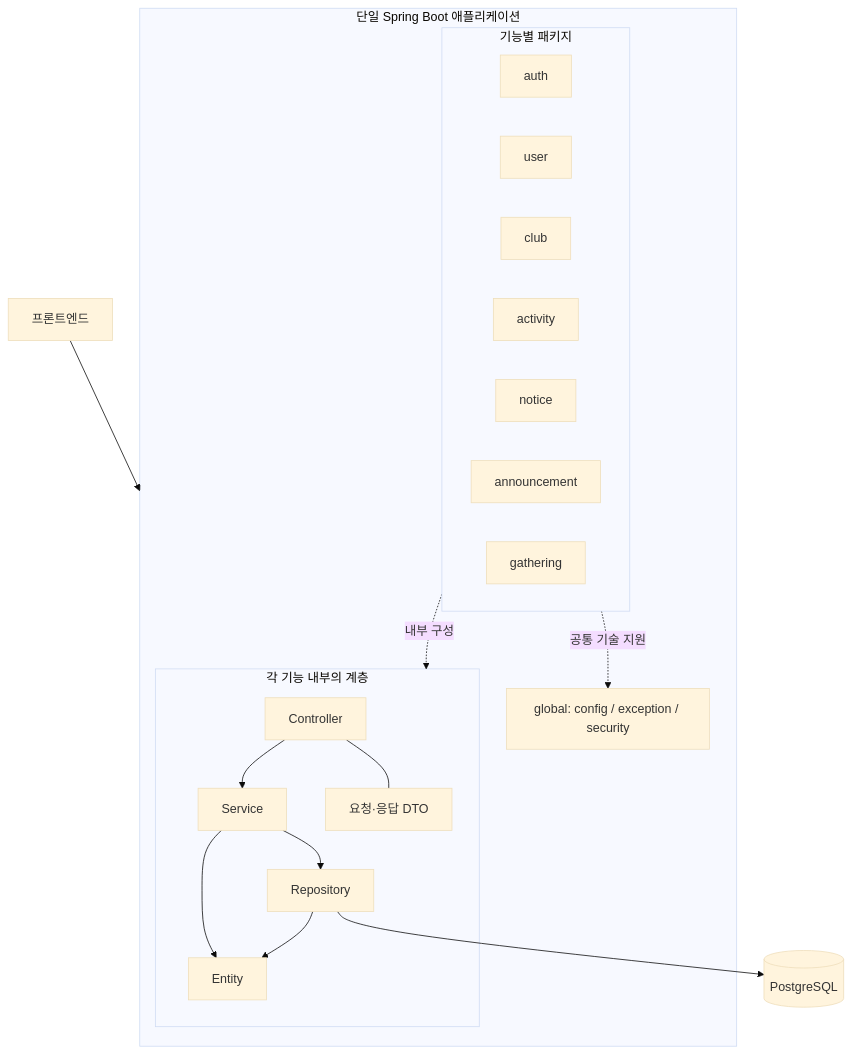
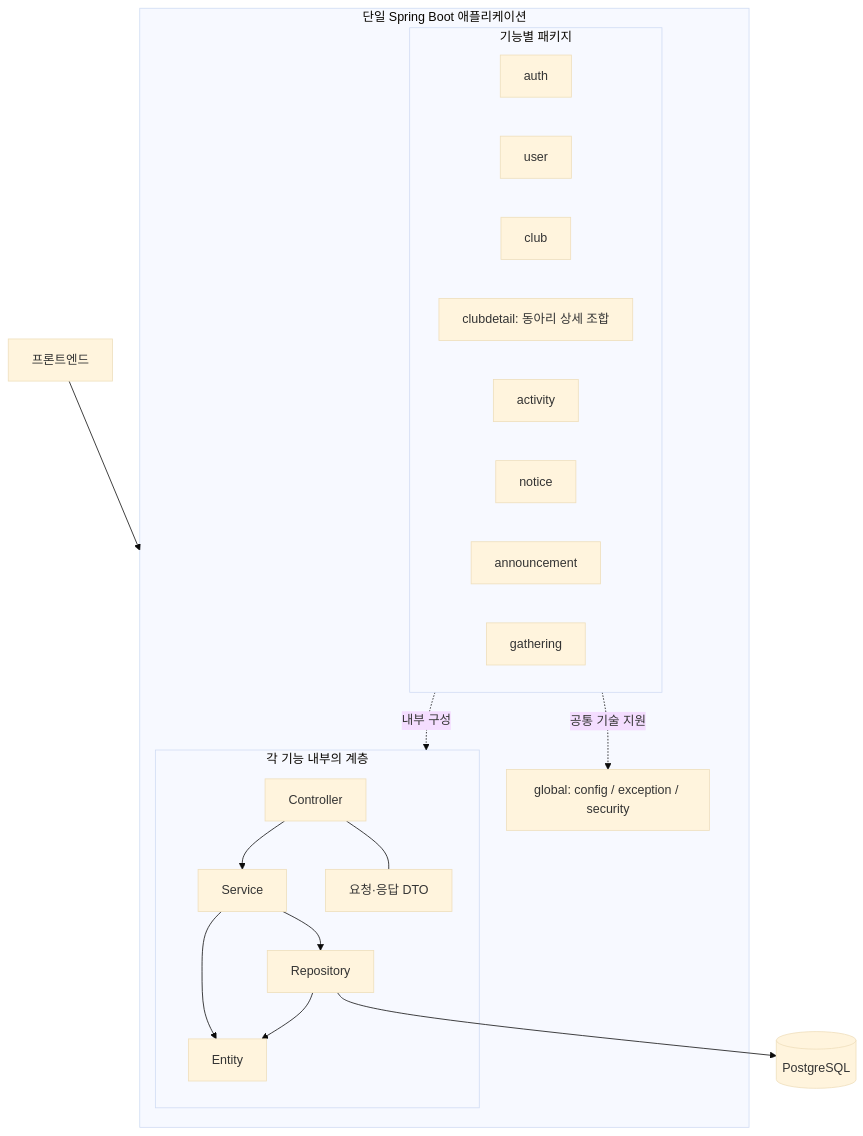
Before and after one commit to 42-clubs/42-clubs-BE: the diagram in docs/architecture.md, drawn with Mermaid (base theme). The commit also changed other lines of this file and 21 other files, not shown here.

````diff
--- a/docs/architecture.md
+++ b/docs/architecture.md
@@ -17,26 +17,27 @@
 ```mermaid
 flowchart TB
     Client[프론트엔드] --> API
     subgraph API[단일 Spring Boot 애플리케이션]
         subgraph Features[기능별 패키지]
             Auth[auth]
             User[user]
             Club[club]
+            ClubDetail[clubdetail: 동아리 상세 조합]
             Activity[activity]
             Notice[notice]
             Announcement[announcement]
             Gathering[gathering]
         end
         subgraph Layers[각 기능 내부의 계층]
             Controller[Controller] --> Service[Service]
             Service --> Repository[Repository]
             Service --> Entity[Entity]
             Repository --> Entity
             Controller --- DTO[요청·응답 DTO]
         end
         Features -. 내부 구성 .-> Layers
         Global[global: config / exception / security]
         Features -. 공통 기술 지원 .-> Global
     end
     Repository --> DB[(PostgreSQL)]
 ```
````
